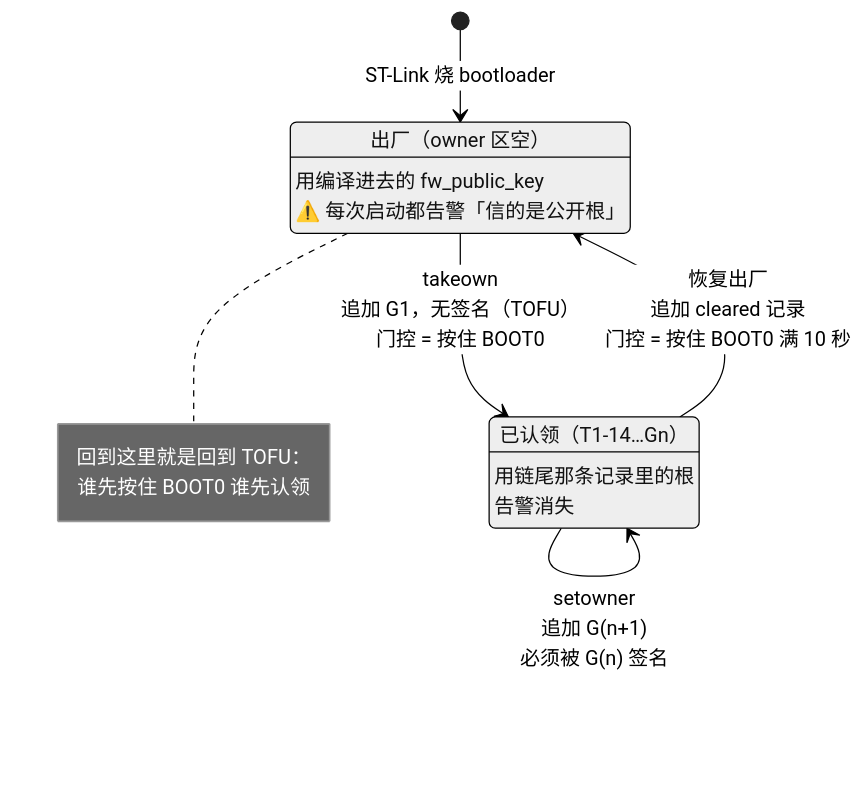
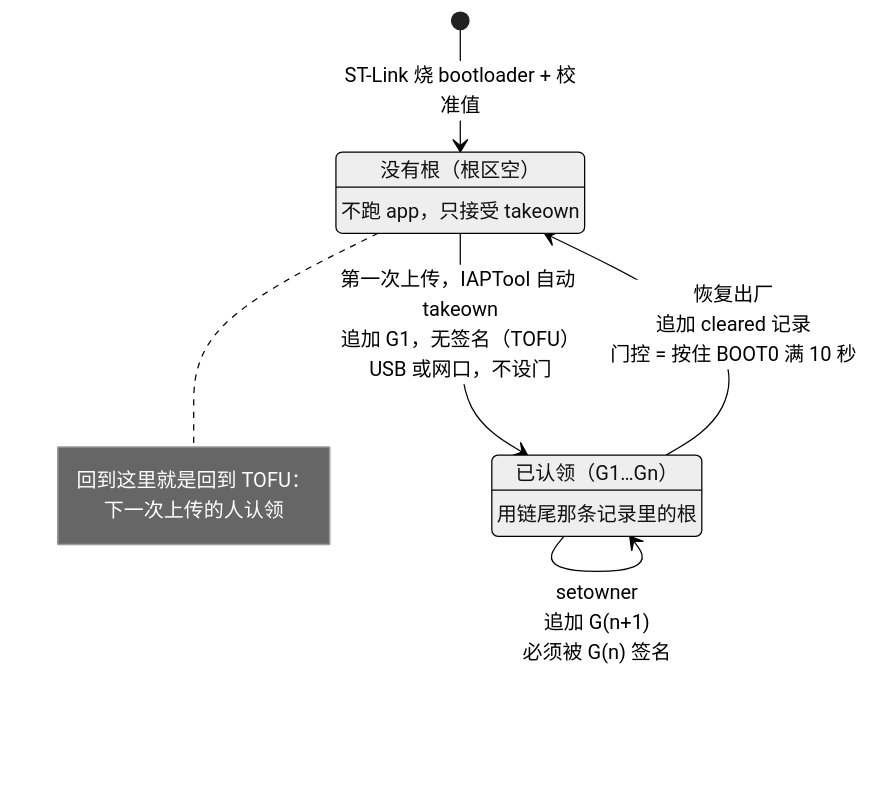
The first of 5 diagrams in docs/modules/M2-ownership.md (haliboteda/OpenPLC_Docs), drawn with Mermaid (neutral theme) before and after one commit. The commit also changed other lines of this file and 18 other files, not shown here.

````diff
--- a/docs/modules/M2-ownership.md
+++ b/docs/modules/M2-ownership.md
@@ -13,22 +15,20 @@
 ```mermaid
 stateDiagram-v2
     direction TB
-    [*] --> 出厂: ST-Link 烧 bootloader
+    [*] --> 没有根: ST-Link 烧 bootloader + 校准值
 
-    出厂: 出厂（owner 区空）
-    出厂: 用编译进去的 fw_public_key
-    出厂: ⚠️ 每次启动都告警「信的是公开根」
+    没有根: 没有根（根区空）
+    没有根: 不跑 app，只接受 takeown
 
-    已认领: 已认领（T1-14…Gn）
+    已认领: 已认领（G1…Gn）
     已认领: 用链尾那条记录里的根
-    已认领: 告警消失
 
-    出厂 --> 已认领: takeown<br/>追加 G1，无签名（TOFU）<br/>门控 = 按住 BOOT0
+    没有根 --> 已认领: 第一次上传，IAPTool 自动 takeown<br/>追加 G1，无签名（TOFU）<br/>USB 或网口，不设门
     已认领 --> 已认领: setowner<br/>追加 G(n+1)<br/>必须被 G(n) 签名
-    已认领 --> 出厂: 恢复出厂<br/>追加 cleared 记录<br/>门控 = 按住 BOOT0 满 10 秒
+    已认领 --> 没有根: 恢复出厂<br/>追加 cleared 记录<br/>门控 = 按住 BOOT0 满 10 秒
 
-    note right of 出厂
+    note right of 没有根
       回到这里就是回到 TOFU：
-      谁先按住 BOOT0 谁先认领
+      下一次上传的人认领
     end note
 ```
````
